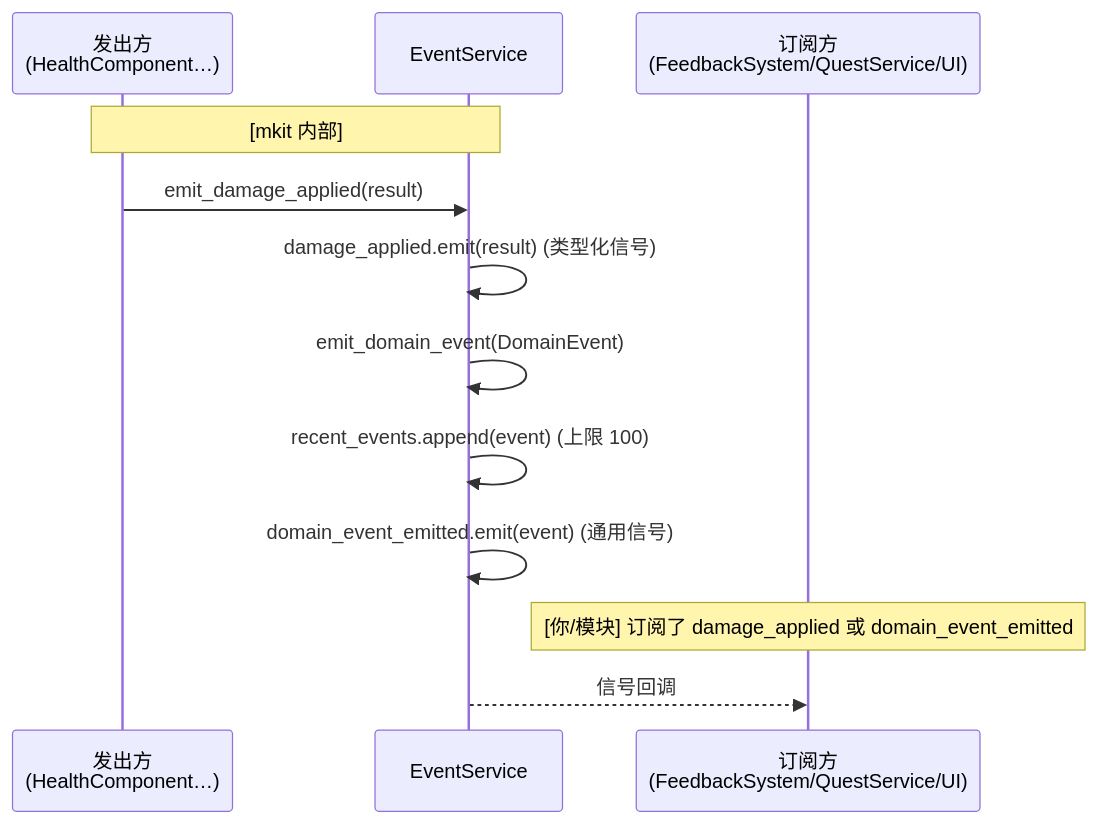
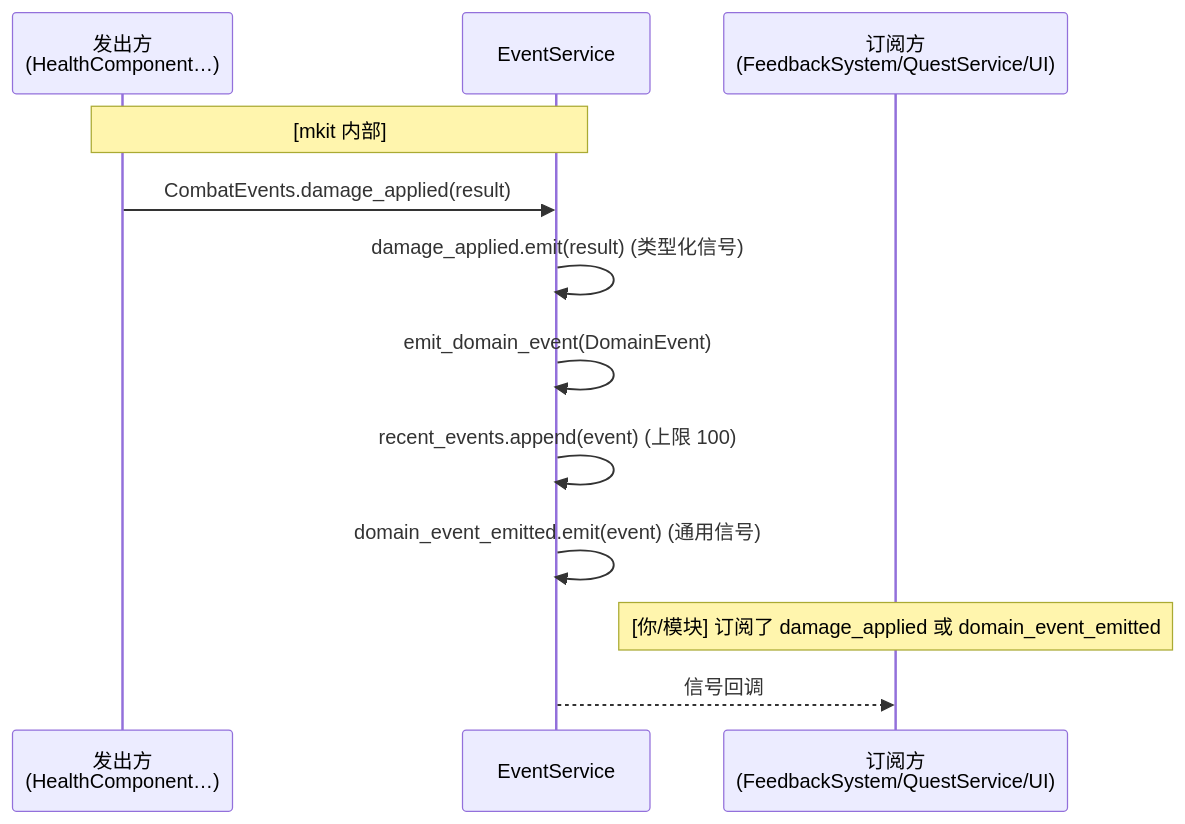
One commit to xiaofeiqiu/mkit changed the eighth of 20 diagrams in docs/pipeline.md. Above: the diagram before and after it, drawn with Mermaid. The commit also changed other lines of this file and 116 other files, not shown here.

````diff
--- a/docs/pipeline.md
+++ b/docs/pipeline.md
@@ -566,15 +567,15 @@
 ```mermaid
 sequenceDiagram
     participant Caller as 发出方<br/>(HealthComponent…)
     participant ES as EventService
     participant Sub as 订阅方<br/>(FeedbackSystem/QuestService/UI)
 
     Note over Caller,ES: [mkit 内部]
-    Caller->>ES: emit_damage_applied(result)
+    Caller->>ES: CombatEvents.damage_applied(result)
     ES->>ES: damage_applied.emit(result)  (类型化信号)
     ES->>ES: emit_domain_event(DomainEvent)
     ES->>ES: recent_events.append(event)  (上限 100)
     ES->>ES: domain_event_emitted.emit(event)  (通用信号)
     Note over Sub: [你/模块] 订阅了 damage_applied 或 domain_event_emitted
     ES-->>Sub: 信号回调
 ```
````
